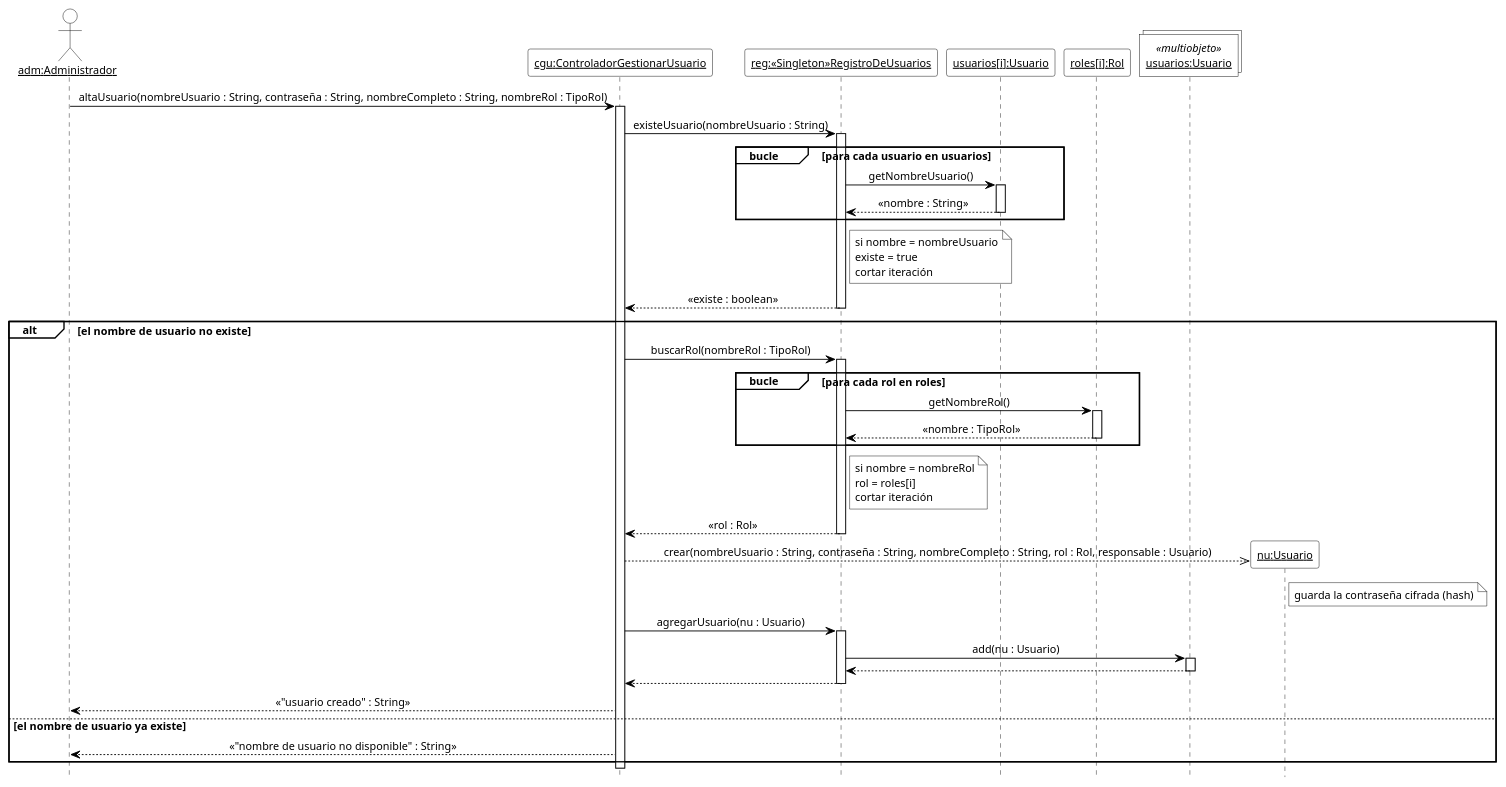
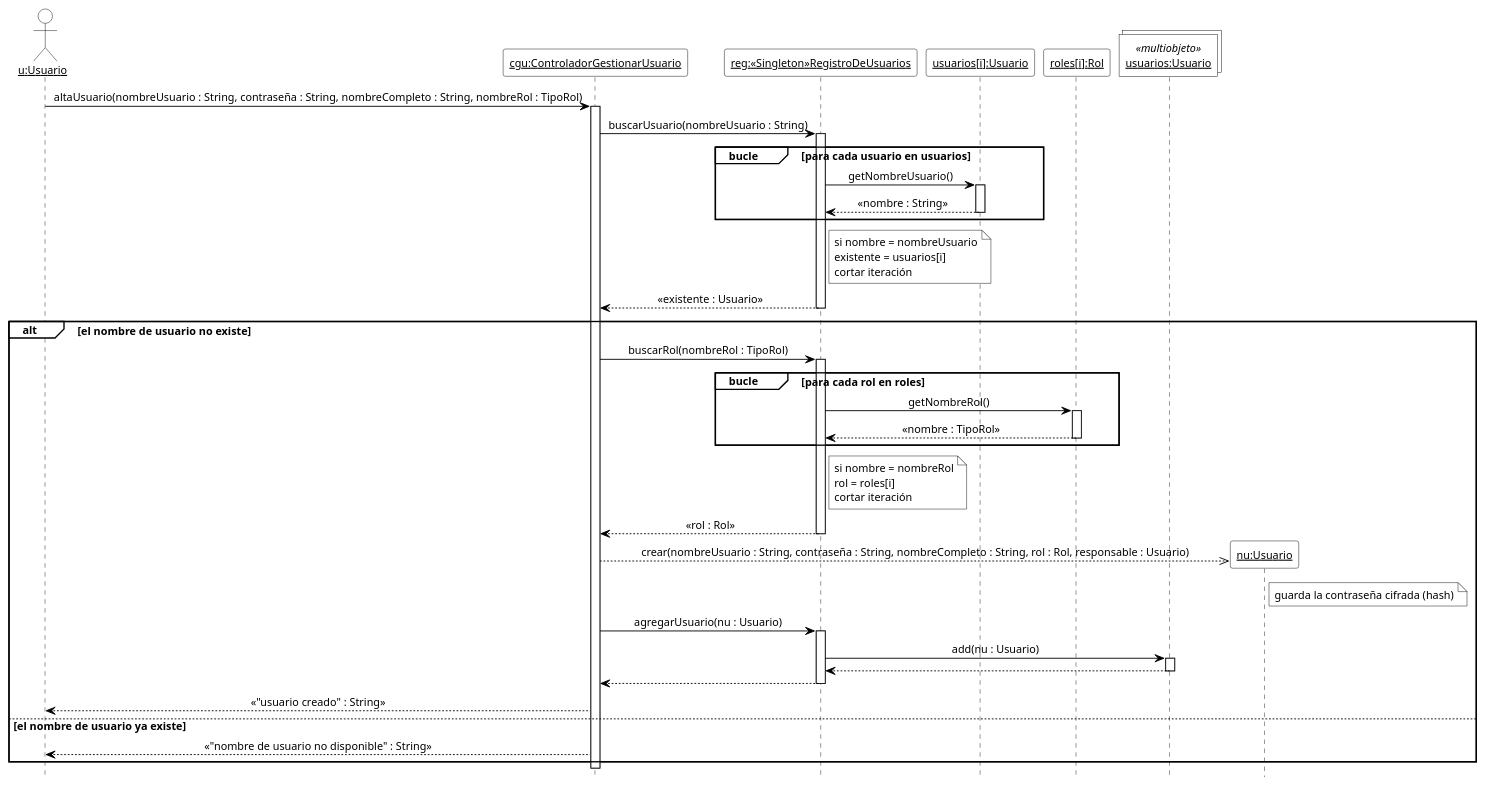
One commit to cirotop/Stock-Project changed the second of 18 diagrams in 08-Diagrama De Secuencia/Diagramas_de_Secuencia.md. Above: the diagram before and after it, drawn with PlantUML. The commit also changed other lines of this file and 36 other files, not shown here.

````diff
--- a/08-Diagrama De Secuencia/Diagramas_de_Secuencia.md
+++ b/08-Diagrama De Secuencia/Diagramas_de_Secuencia.md
@@ -99,70 +99,70 @@
 ```plantuml
 @startuml DSD_CU-02_altaUsuario
 ' Diagrama de Secuencia de Diseño (DSD) - CU-02 Gestionar usuario - altaUsuario
 ' Estilo de los ejemplos de la teoría (introducirArticulo / crearNuevaVenta).
 hide footbox
 skinparam shadowing false
 skinparam defaultFontName Arial
 skinparam defaultFontSize 12
 skinparam sequenceMessageAlign center
 skinparam ArrowColor black
 skinparam ParticipantBackgroundColor white
 skinparam ParticipantBorderColor black
 skinparam CollectionsBackgroundColor white
 skinparam CollectionsBorderColor black
 skinparam ActorBackgroundColor white
 skinparam ActorBorderColor black
 skinparam LifeLineBorderColor black
 skinparam LifeLineBackgroundColor white
 skinparam SequenceGroupBackgroundColor white
 skinparam SequenceGroupBorderColor black
 skinparam SequenceGroupHeaderFontColor black
 skinparam NoteBackgroundColor white
 skinparam NoteBorderColor black
 
-actor "<u>adm:Administrador</u>" as adm
+actor "<u>u:Usuario</u>" as u
 participant "<u>cgu:ControladorGestionarUsuario</u>" as cgu
 participant "<u>reg:«Singleton»RegistroDeUsuarios</u>" as reg
 participant "<u>usuarios[i]:Usuario</u>" as ui
 participant "<u>roles[i]:Rol</u>" as ri
 collections "<u>usuarios:Usuario</u>" as mu <<multiobjeto>>
 
-adm -> cgu ++ : altaUsuario(nombreUsuario : String, contraseña : String, nombreCompleto : String, nombreRol : TipoRol)
-cgu -> reg ++ : existeUsuario(nombreUsuario : String)
+u -> cgu ++ : altaUsuario(nombreUsuario : String, contraseña : String, nombreCompleto : String, nombreRol : TipoRol)
+cgu -> reg ++ : buscarUsuario(nombreUsuario : String)
 group bucle [para cada usuario en usuarios]
   reg -> ui ++ : getNombreUsuario()
   ui --> reg -- : «nombre : String»
 end
 note right of reg
   si nombre = nombreUsuario
-  existe = true
+  existente = usuarios[i]
   cortar iteración
 end note
-reg --> cgu -- : «existe : boolean»
+reg --> cgu -- : «existente : Usuario»
 alt el nombre de usuario no existe
   cgu -> reg ++ : buscarRol(nombreRol : TipoRol)
   group bucle [para cada rol en roles]
     reg -> ri ++ : getNombreRol()
     ri --> reg -- : «nombre : TipoRol»
   end
   note right of reg
     si nombre = nombreRol
     rol = roles[i]
     cortar iteración
   end note
   reg --> cgu -- : «rol : Rol»
   create participant "<u>nu:Usuario</u>" as nu
   cgu -->> nu : crear(nombreUsuario : String, contraseña : String, nombreCompleto : String, rol : Rol, responsable : Usuario)
   note right of nu : guarda la contraseña cifrada (hash)
   cgu -> reg ++ : agregarUsuario(nu : Usuario)
   reg -> mu ++ : add(nu : Usuario)
   mu --> reg --
   reg --> cgu --
-  cgu --> adm : «"usuario creado" : String»
+  cgu --> u : «"usuario creado" : String»
 else el nombre de usuario ya existe
-  cgu --> adm : «"nombre de usuario no disponible" : String»
+  cgu --> u : «"nombre de usuario no disponible" : String»
 end
 deactivate cgu
 
 @enduml
 ```
````
